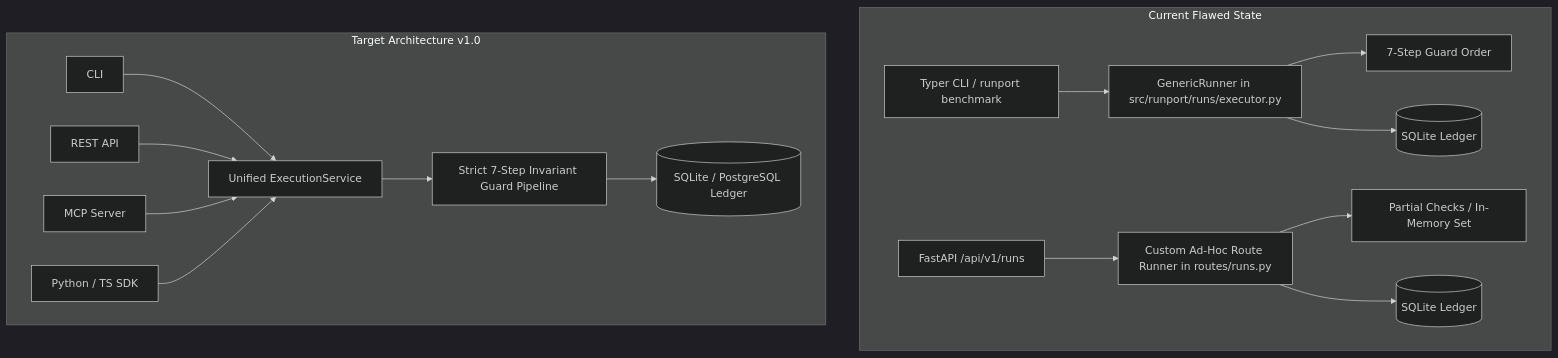
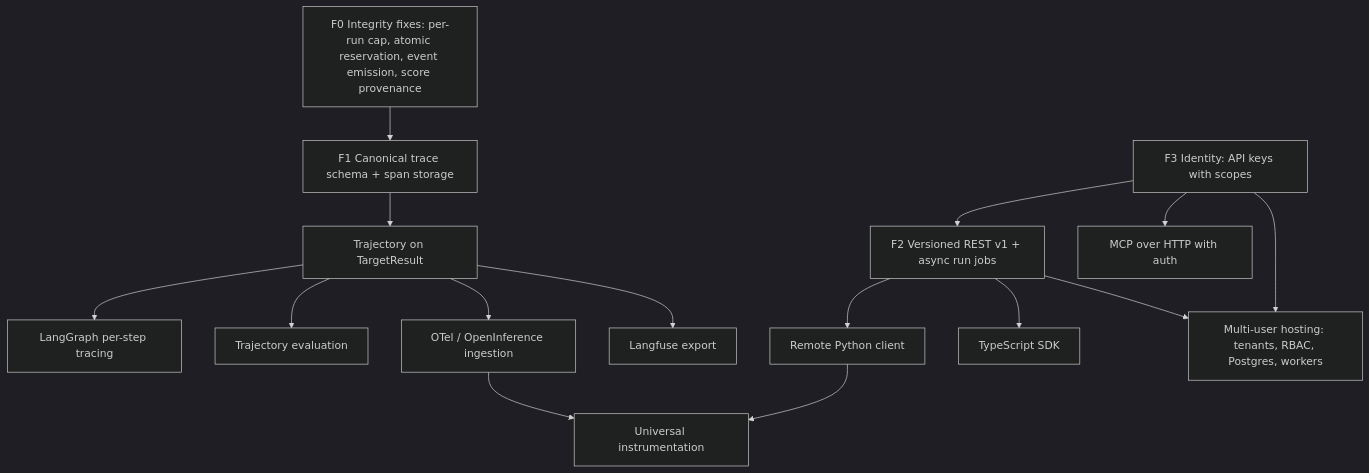
One commit to Sudharsanselvaraj/Runport changed the diagram in docs/ROADMAP_IMPLEMENTATION_AUDIT.md. Above: the diagram before and after it, drawn with Mermaid (dark theme). The commit also changed other lines of this file and 6 other files, not shown here.

First line of the commit message:
docs: rewrite the roadmap audit and architecture specs against the merged code

````diff
--- a/docs/ROADMAP_IMPLEMENTATION_AUDIT.md
+++ b/docs/ROADMAP_IMPLEMENTATION_AUDIT.md
@@ -266,21 +178,17 @@
 ```mermaid
 flowchart TD
-    subgraph Current Flawed State
-        CLI[Typer CLI / runport benchmark] --> GR[GenericRunner in src/runport/runs/executor.py]
-        GR --> G1[7-Step Guard Order]
-        GR --> DB1[(SQLite Ledger)]
-
-        API[FastAPI /api/v1/runs] --> CR[Custom Ad-Hoc Route Runner in routes/runs.py]
-        CR --> G2[Partial Checks / In-Memory Set]
-        CR --> DB2[(SQLite Ledger)]
-    end
-    
-    subgraph Target Architecture v1.0
-        T_CLI[CLI] --> ES[Unified ExecutionService]
-        T_API[REST API] --> ES
-        T_MCP[MCP Server] --> ES
-        T_SDK[Python / TS SDK] --> ES
-        ES --> Guard[Strict 7-Step Invariant Guard Pipeline]
-        Guard --> DB[(SQLite / PostgreSQL Ledger)]
-    end
+    F0[F0 Integrity fixes: per-run cap, atomic reservation, event emission, score provenance] --> F1
+    F1[F1 Canonical trace schema + span storage] --> T1[Trajectory on TargetResult]
+    F2[F2 Versioned REST v1 + async run jobs] --> SDKPY[Remote Python client]
+    F2 --> SDKTS[TypeScript SDK]
+    F3[F3 Identity: API keys with scopes] --> F2
+    T1 --> LG[LangGraph per-step tracing]
+    T1 --> TRAJ[Trajectory evaluation]
+    T1 --> OTEL[OTel / OpenInference ingestion]
+    T1 --> LFX[Langfuse export]
+    OTEL --> INSTR[Universal instrumentation]
+    SDKPY --> INSTR
+    F3 --> MCPHTTP[MCP over HTTP with auth]
+    F3 --> MU[Multi-user hosting: tenants, RBAC, Postgres, workers]
+    F2 --> MU
 ```
````
